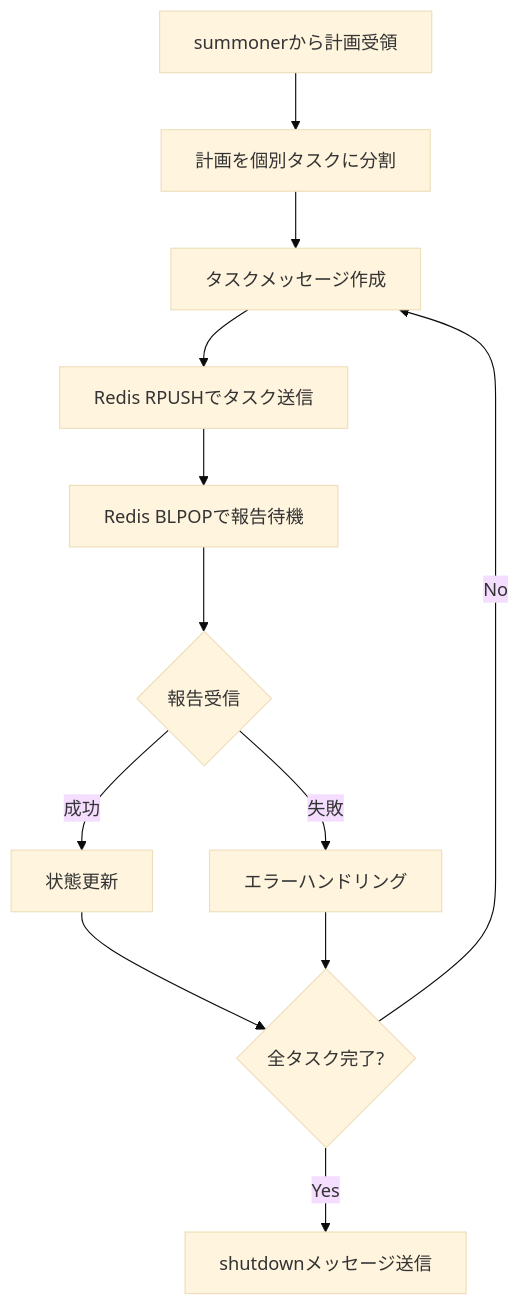
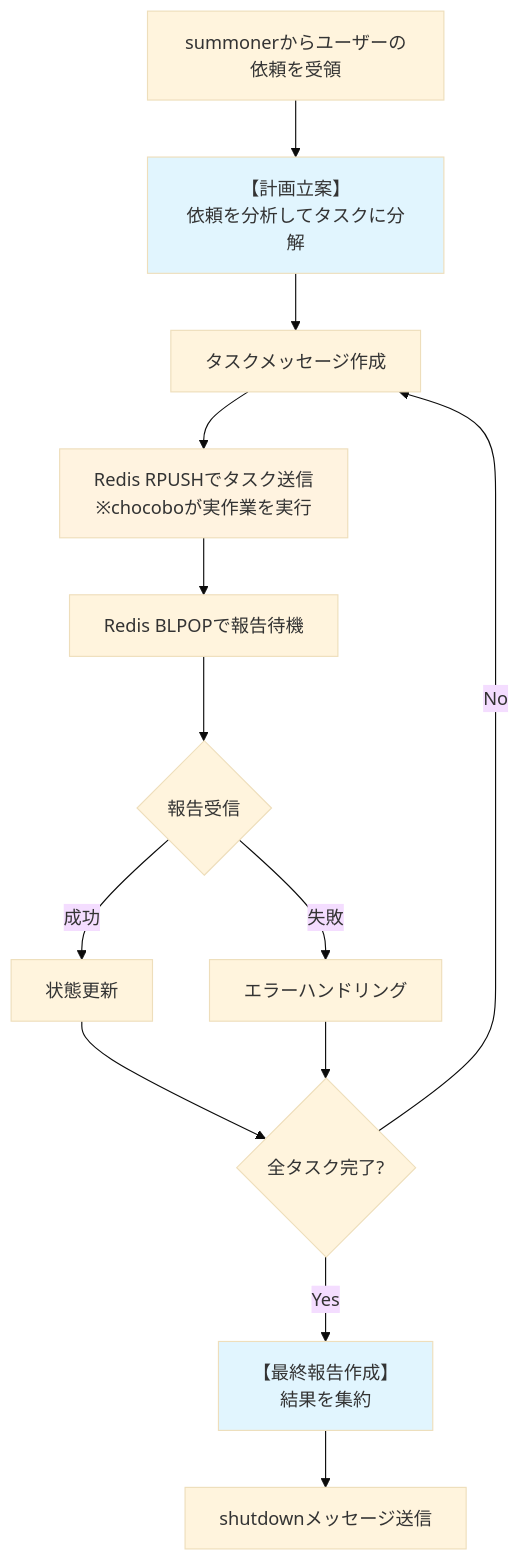
The second of 4 diagrams in agents/moogle.agent.md (NagasakaH/devcontainer), drawn with Mermaid (base theme) before and after one commit. The commit also changed other lines of this file and 5 other files, not shown here.

````diff
--- a/agents/moogle.agent.md
+++ b/agents/moogle.agent.md
@@ -222,14 +283,19 @@
 ```mermaid
 flowchart TD
-    A[summonerから計画受領] --> B[計画を個別タスクに分割]
+    A[summonerからユーザーの依頼を受領] --> B[【計画立案】<br/>依頼を分析してタスクに分解]
     B --> C[タスクメッセージ作成]
-    C --> D[Redis RPUSHでタスク送信]
+    C --> D[Redis RPUSHでタスク送信<br/>※chocoboが実作業を実行]
     D --> E[Redis BLPOPで報告待機]
     E --> F{報告受信}
     F -->|成功| G[状態更新]
     F -->|失敗| H[エラーハンドリング]
     G --> I{全タスク完了?}
     H --> I
     I -->|No| C
-    I -->|Yes| J[shutdownメッセージ送信]
+    I -->|Yes| J[【最終報告作成】<br/>結果を集約]
+    J --> K[shutdownメッセージ送信]
+    
+    style B fill:#e1f5fe
+    style J fill:#e1f5fe
+    style D fill:#fff3e0
 ```
````
